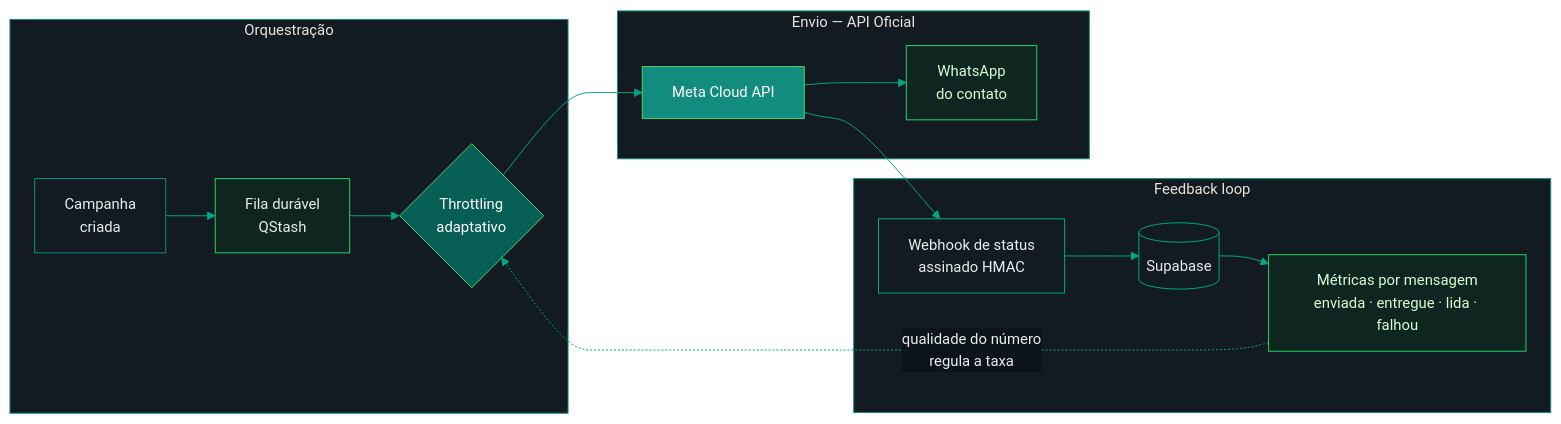
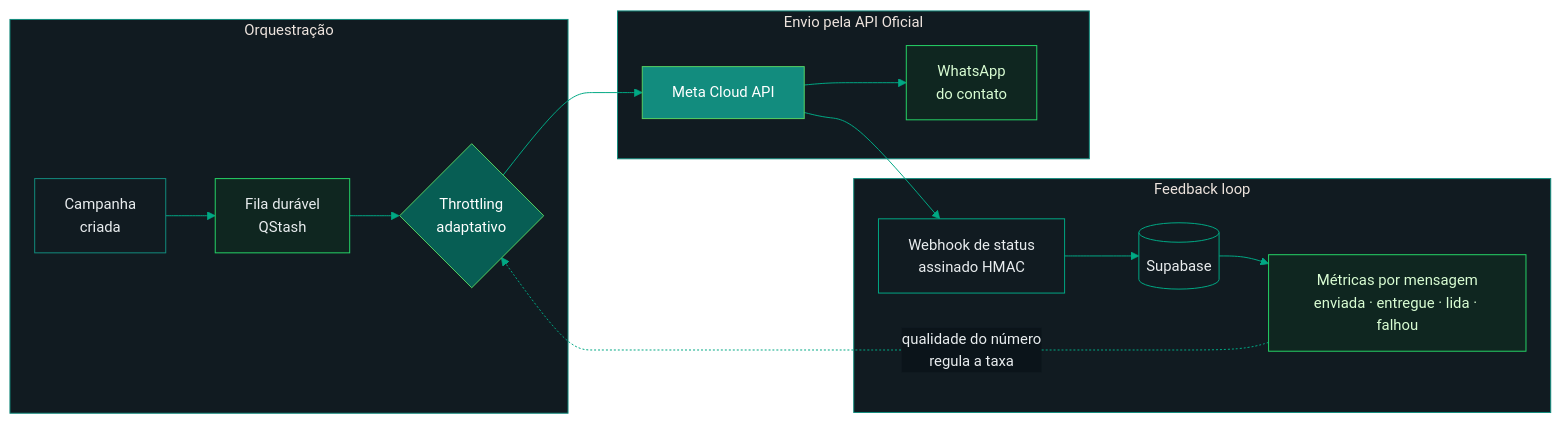
One commit to luizxhgomes/whatsflow-engine changed the diagram in README.md. Above: the diagram before and after it, drawn with Mermaid. The commit also changed other lines of this file and 22 other files, not shown here.

````diff
--- a/README.md
+++ b/README.md
@@ -42,31 +42,31 @@
 ```mermaid
 %%{init: {'theme':'base','themeVariables':{
   'background':'#0B141A','primaryColor':'#0F2620','primaryTextColor':'#E9EDEF',
   'primaryBorderColor':'#25D366','lineColor':'#00A884','secondaryColor':'#075E54',
   'tertiaryColor':'#111B21','fontSize':'15px','edgeLabelBackground':'#0B141A',
   'clusterBkg':'#111B21','clusterBorder':'#128C7E'}}}%%
 flowchart LR
     subgraph ORQ[" Orquestração "]
         A["Campanha<br/>criada"] --> B["Fila durável<br/>QStash"]
         B --> C{"Throttling<br/>adaptativo"}
     end
-    subgraph ENV[" Envio — API Oficial "]
+    subgraph ENV[" Envio pela API Oficial "]
         C --> D["Meta Cloud API"]
         D --> E["WhatsApp<br/>do contato"]
     end
     subgraph FBK[" Feedback loop "]
         D --> F["Webhook de status<br/>assinado HMAC"]
         F --> G[("Supabase")]
         G --> H["Métricas por mensagem<br/>enviada · entregue · lida · falhou"]
     end
     H -.->|"qualidade do número<br/>regula a taxa"| C
 
     style A fill:#111B21,stroke:#128C7E,color:#E9EDEF
     style B fill:#0F2620,stroke:#25D366,color:#E9EDEF
     style C fill:#075E54,stroke:#57D163,color:#FFFFFF
     style D fill:#128C7E,stroke:#57D163,color:#FFFFFF
     style E fill:#0F2620,stroke:#25D366,color:#D9FDD3
     style F fill:#111B21,stroke:#00A884,color:#E9EDEF
     style G fill:#111B21,stroke:#00A884,color:#E9EDEF
     style H fill:#0F2620,stroke:#25D366,color:#D9FDD3
 ```
````
